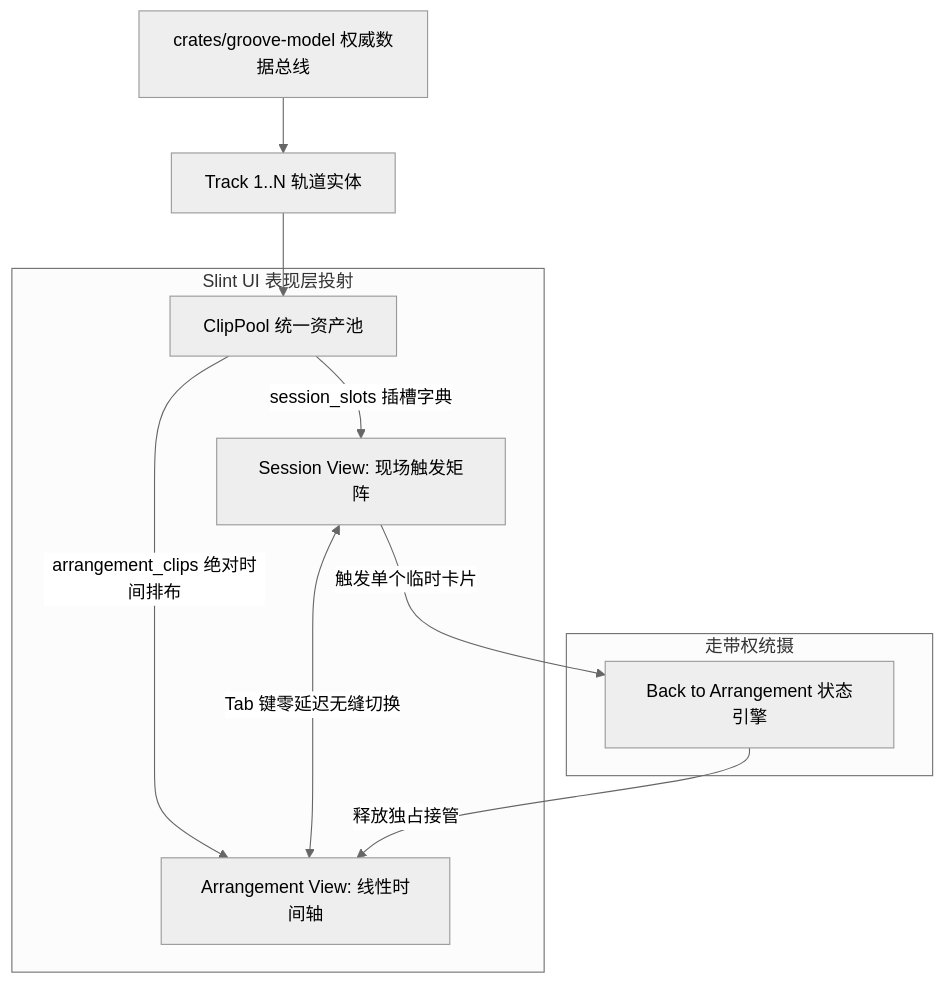
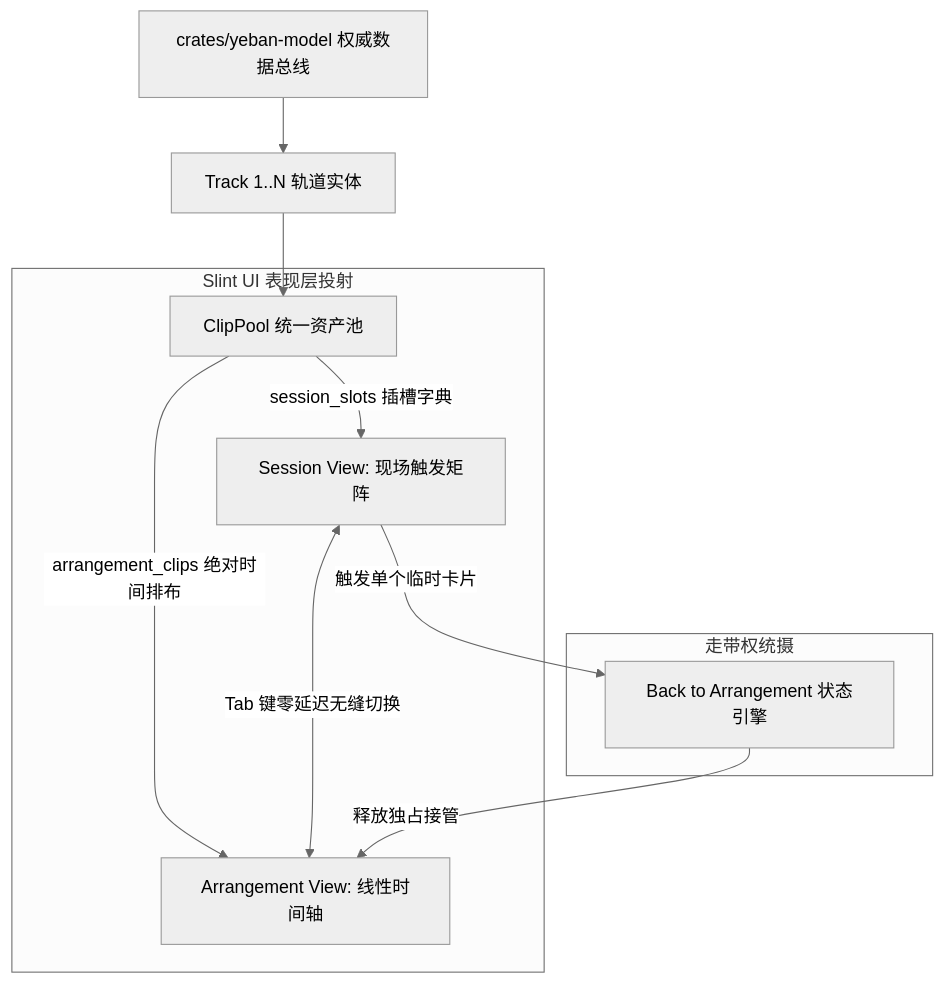
Before and after one commit to gradetwo/yeban: the first of 2 diagrams in GROOVE_V3_WEB_UI_UX_AND_INTERACTION_REDESIGN.md, drawn with Mermaid (neutral theme). The commit also changed other lines of this file and 9 other files, not shown here.

````diff
--- a/GROOVE_V3_WEB_UI_UX_AND_INTERACTION_REDESIGN.md
+++ b/GROOVE_V3_WEB_UI_UX_AND_INTERACTION_REDESIGN.md
@@ -73,18 +76,18 @@
 ```mermaid
 graph TD
-    A[crates/groove-model 权威数据总线] --> B[Track 1..N 轨道实体]
+    A[crates/yeban-model 权威数据总线] --> B[Track 1..N 轨道实体]
     B --> C[ClipPool 统一资产池]
     
     subgraph Slint UI 表现层投射
         C -->|session_slots 插槽字典| D[Session View: 现场触发矩阵]
         C -->|arrangement_clips 绝对时间排布| E[Arrangement View: 线性时间轴]
     end
     
     D <-->|Tab 键零延迟无缝切换| E
     
     subgraph 走带权统摄
         F[Back to Arrangement 状态引擎]
         D -->|触发单个临时卡片| F
         F -->|释放独占接管| E
     end
 ```
````
